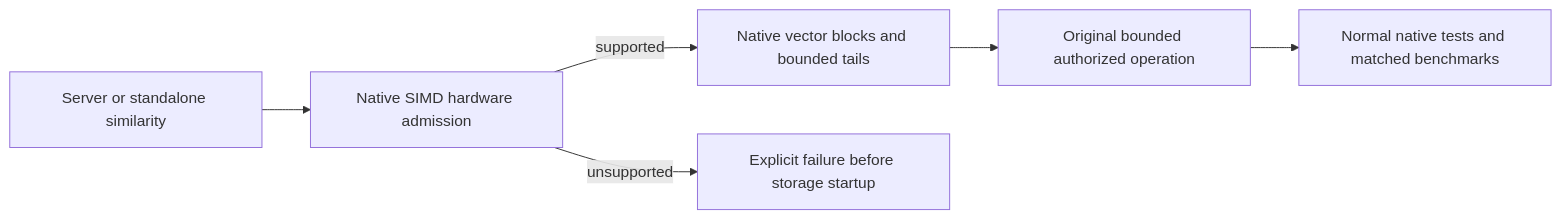
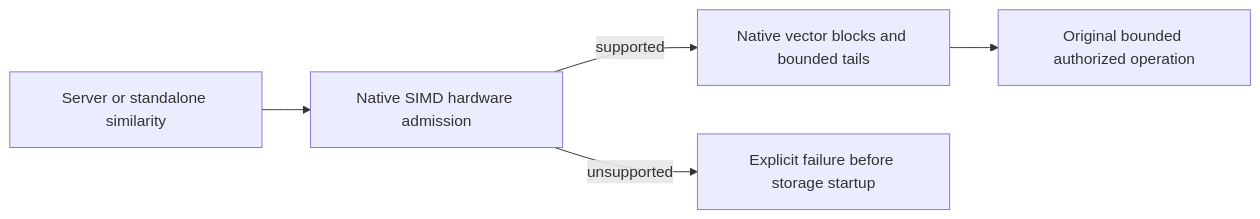
The second of 3 diagrams in docs/Features/Search.md (managedcode/KeyLoad), drawn with Mermaid before and after one commit. The commit also changed other lines of this file and 7356 other files, not shown here.

````diff
--- a/docs/Features/Search.md
+++ b/docs/Features/Search.md
@@ -149,8 +50,7 @@
 ```mermaid
 flowchart LR
     Start[Server or standalone similarity] --> Support[Native SIMD hardware admission]
     Support -->|supported| Blocks[Native vector blocks and bounded tails]
     Support -->|unsupported| Refuse[Explicit failure before storage startup]
     Blocks --> Flow[Original bounded authorized operation]
-    Flow --> Evidence[Normal native tests and matched benchmarks]
 ```
````
